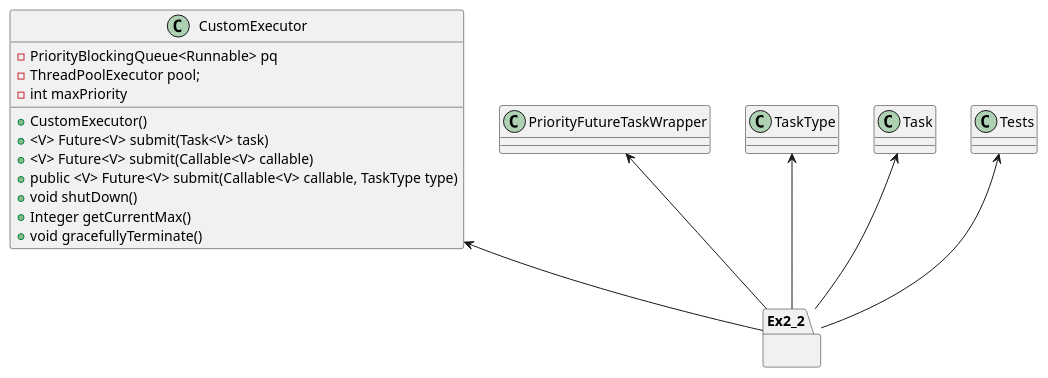
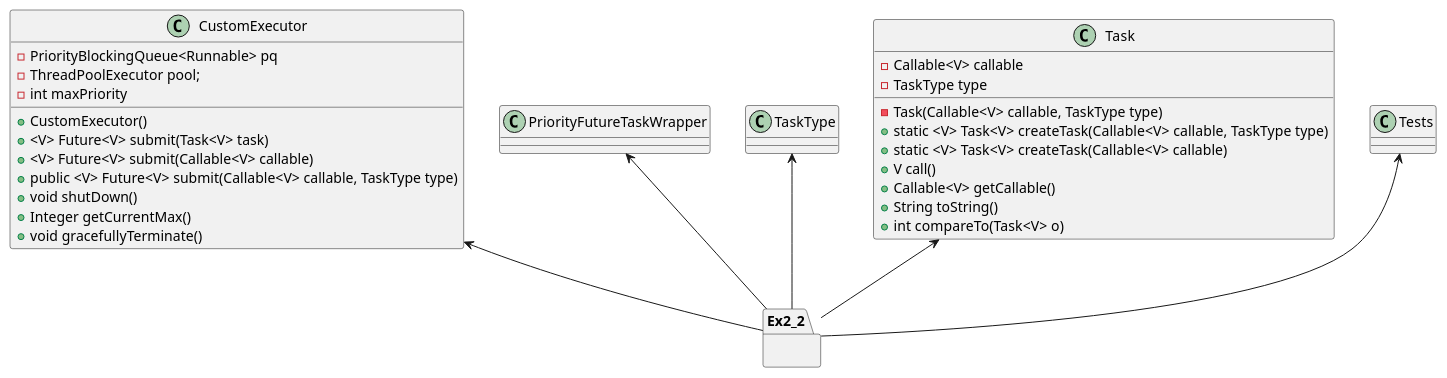
One commit to ofirshitrit/OOP-Ex2 changed the diagram in src/Ex2_2/Diagram2.puml. Above: the diagram before and after it, drawn with PlantUML. The commit also changed 9 other files, not shown here.

```diff
--- a/src/Ex2_2/Diagram2.puml
+++ b/src/Ex2_2/Diagram2.puml
@@ -1,28 +1,39 @@
 @startuml
 CustomExecutor <-- Ex2_2
 PriorityFutureTaskWrapper <-- Ex2_2
 TaskType <-- Ex2_2
 Task <-- Ex2_2
 Tests <-- Ex2_2
 
 package Ex2_2{
 
 }
 
 class CustomExecutor {
 
  - PriorityBlockingQueue<Runnable> pq
    - ThreadPoolExecutor pool;
    - int maxPriority
      + CustomExecutor()
      + <V> Future<V> submit(Task<V> task)
      + <V> Future<V> submit(Callable<V> callable)
     + public <V> Future<V> submit(Callable<V> callable, TaskType type)
     + void shutDown()
     + Integer getCurrentMax()
     + void gracefullyTerminate()
+}
 
 
+class Task{
+- Callable<V> callable
+- TaskType type
+- Task(Callable<V> callable, TaskType type)
++ static <V> Task<V> createTask(Callable<V> callable, TaskType type)
++ static <V> Task<V> createTask(Callable<V> callable)
++ V call()
++ Callable<V> getCallable()
++ String toString()
++ int compareTo(Task<V> o)
 }
 
 @enduml
```
